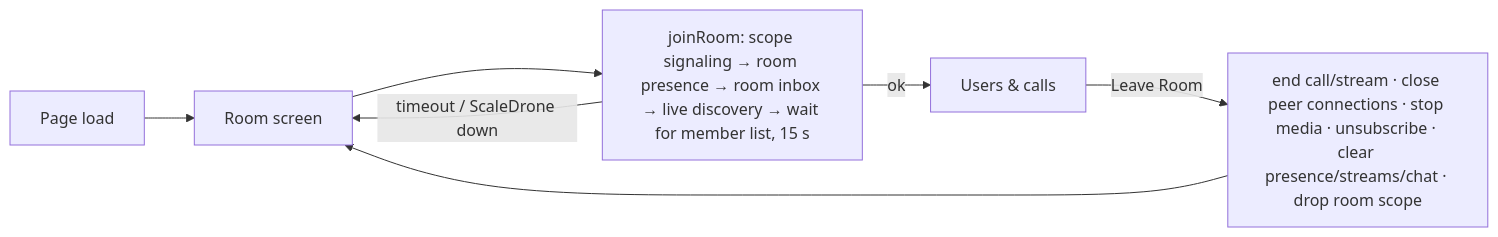
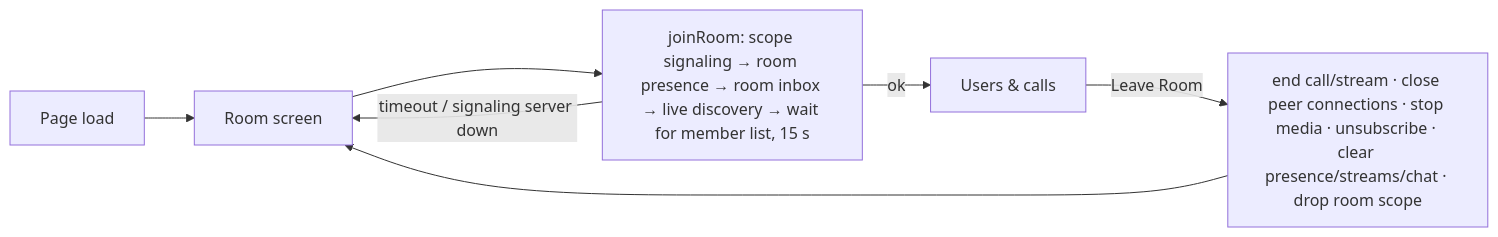
The first of 6 diagrams in README.md (aquibahmed21/meshcall), drawn with Mermaid before and after one commit. The commit also changed other lines of this file and 15 other files, not shown here.

First line of the commit message:
Replace ScaleDrone signaling with self-hosted Socket.IO

````diff
--- a/README.md
+++ b/README.md
@@ -76,7 +87,7 @@
 ```mermaid
 flowchart LR
   A[Page load] --> R[Room screen] --> J[joinRoom: scope signaling → room presence → room inbox → live discovery → wait for member list, 15 s]
   J -->|ok| U[Users & calls]
-  J -->|timeout / ScaleDrone down| R
+  J -->|timeout / signaling server down| R
   U -->|Leave Room| L[end call/stream · close peer connections · stop media · unsubscribe · clear presence/streams/chat · drop room scope] --> R
 ```
````
